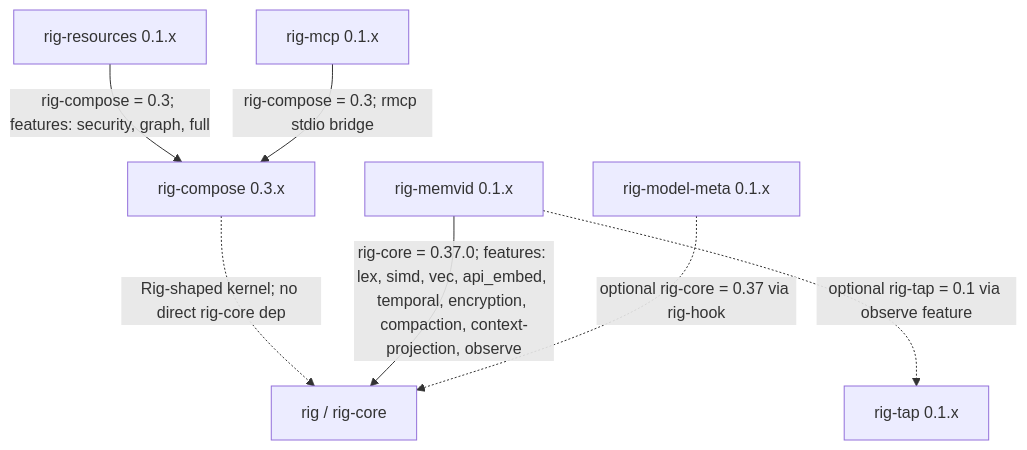
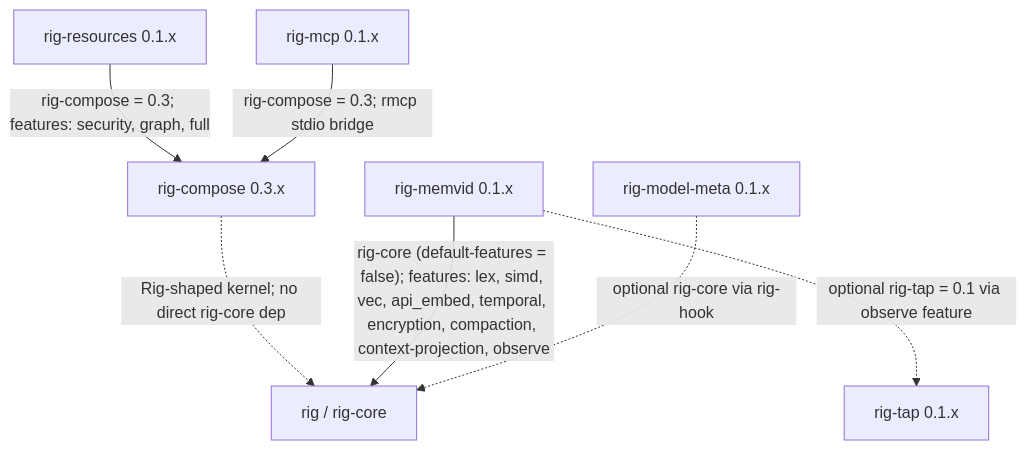
The diagram in README.md (ForeverAngry/rig-memvid), drawn with Mermaid before and after one commit. The commit also changed other lines of this file and 16 other files, not shown here.

````diff
--- a/README.md
+++ b/README.md
@@ -273,17 +285,17 @@
 ```mermaid
 flowchart TD
     rig["rig / rig-core"]
     compose["rig-compose 0.3.x"]
     resources["rig-resources 0.1.x"]
     mcp["rig-mcp 0.1.x"]
     memvid["rig-memvid 0.1.x"]
     model_meta["rig-model-meta 0.1.x"]
     observe["rig-tap 0.1.x"]
 
     compose -. "Rig-shaped kernel; no direct rig-core dep" .-> rig
     resources -- "rig-compose = 0.3; features: security, graph, full" --> compose
     mcp -- "rig-compose = 0.3; rmcp stdio bridge" --> compose
-    memvid -- "rig-core = 0.37.0; features: lex, simd, vec, api_embed, temporal, encryption, compaction, context-projection, observe" --> rig
+    memvid -- "rig-core (default-features = false); features: lex, simd, vec, api_embed, temporal, encryption, compaction, context-projection, observe" --> rig
     memvid -. "optional rig-tap = 0.1 via observe feature" .-> observe
-    model_meta -. "optional rig-core = 0.37 via rig-hook" .-> rig
+    model_meta -. "optional rig-core via rig-hook" .-> rig
 ```
````
